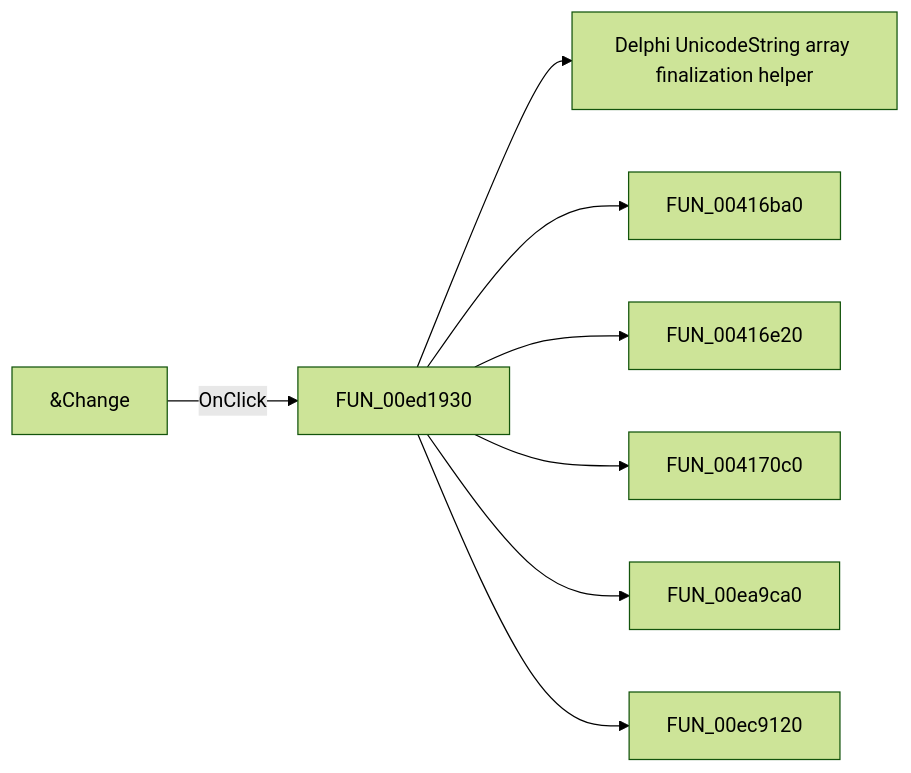
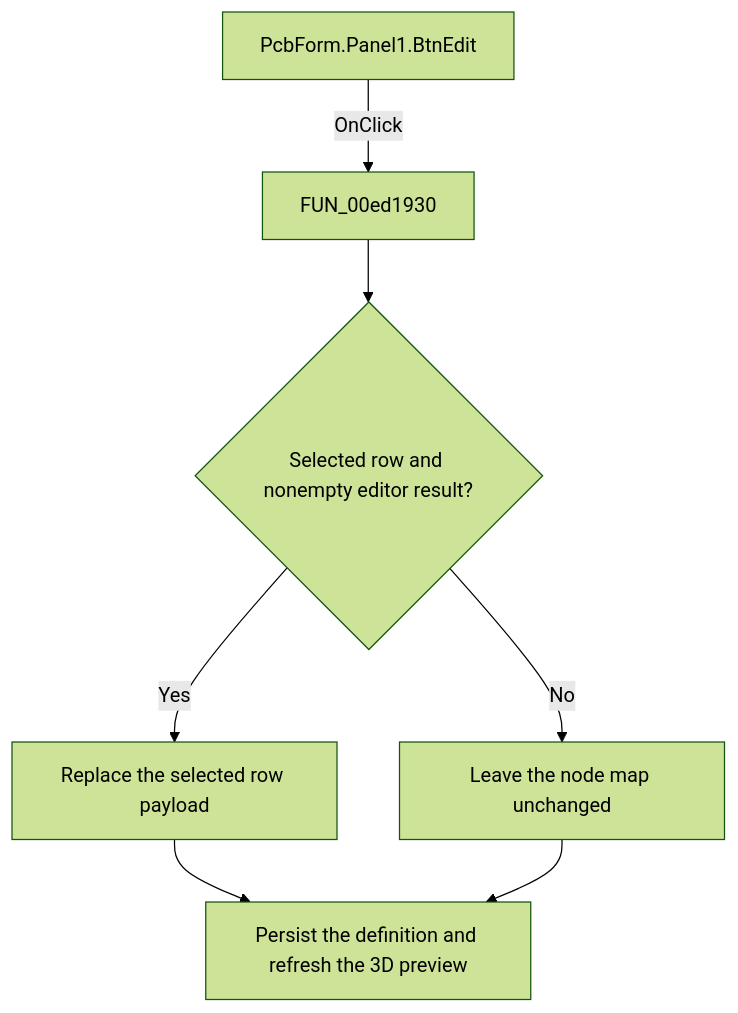
Before and after one commit to MovGP0/TIARA: the diagram in docs/ui-controls/pcbform/btnedit-d7a7fc912b.md, drawn with Mermaid (forest theme). The commit also changed other lines of this file and 1062 other files, not shown here.

````diff
--- a/docs/ui-controls/pcbform/btnedit-d7a7fc912b.md
+++ b/docs/ui-controls/pcbform/btnedit-d7a7fc912b.md
@@ -27,10 +29,9 @@
 ```mermaid
-flowchart LR
-    control["&Change"] -->|OnClick| handler["FUN_00ed1930"]
-    handler --> call1["Delphi UnicodeString array finalization helper"]
-    handler --> call2["FUN_00416ba0"]
-    handler --> call3["FUN_00416e20"]
-    handler --> call4["FUN_004170c0"]
-    handler --> call5["FUN_00ea9ca0"]
-    handler --> call6["FUN_00ec9120"]
+flowchart TD
+    control["PcbForm.Panel1.BtnEdit"] -->|OnClick| handler["FUN_00ed1930"]
+    handler --> decision{"Selected row and nonempty editor result?"}
+    decision -->|Yes| action["Replace the selected row payload"]
+    decision -->|No| noop["Leave the node map unchanged"]
+    action --> outcome["Persist the definition and refresh the 3D preview"]
+    noop --> outcome
 ```
````
